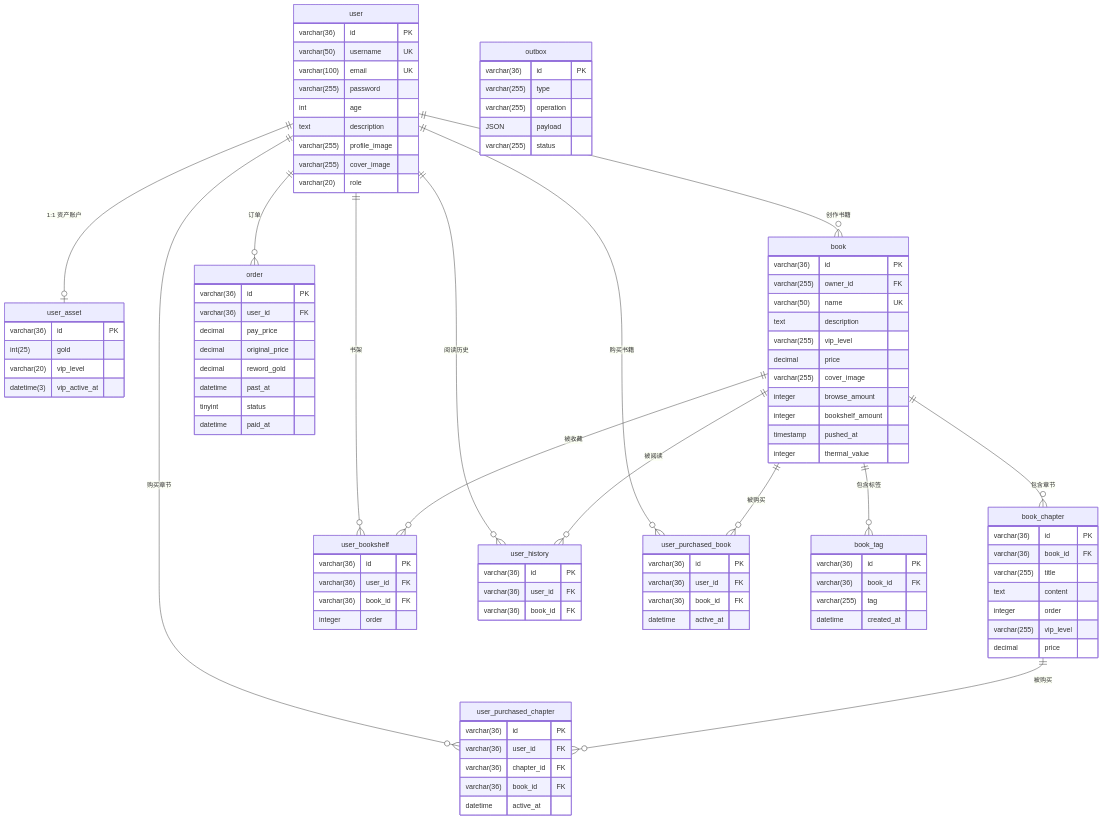
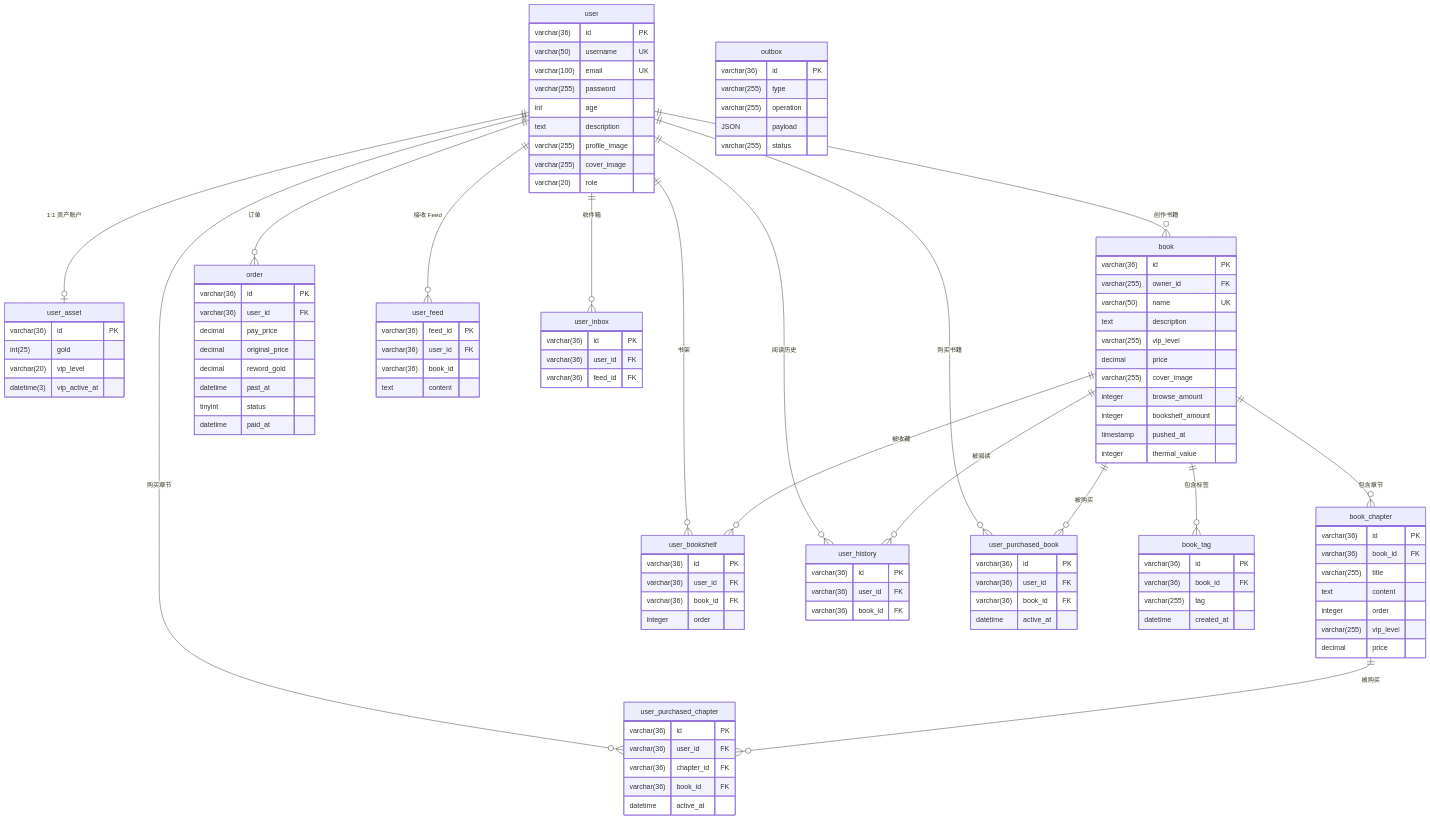
Before and after one commit to Bluore/fiction_book: the diagram in doc/MODEL.md, drawn with Mermaid. The commit also changed other lines of this file and 5 other files, not shown here.

````diff
--- a/doc/MODEL.md
+++ b/doc/MODEL.md
@@ -107,6 +107,19 @@
         datetime     created_at
     }
 
+    user_feed {
+        varchar(36) feed_id PK
+        varchar(36) user_id FK
+        varchar(36) book_id
+        text        content
+    }
+
+    user_inbox {
+        varchar(36) id      PK
+        varchar(36) user_id FK
+        varchar(36) feed_id FK
+    }
+
     user       ||--o| user_asset           : "1:1 资产账户"
     user       ||--o{ book                 : "创作书籍"
     user       ||--o{ user_bookshelf       : "书架"
@@ -120,4 +133,6 @@
     book       ||--o{ user_history        : "被阅读"
     book       ||--o{ user_purchased_book : "被购买"
     book_chapter ||--o{ user_purchased_chapter : "被购买"
+    user        ||--o{ user_feed          : "接收 Feed"
+    user        ||--o{ user_inbox         : "收件箱"
 ```
````
